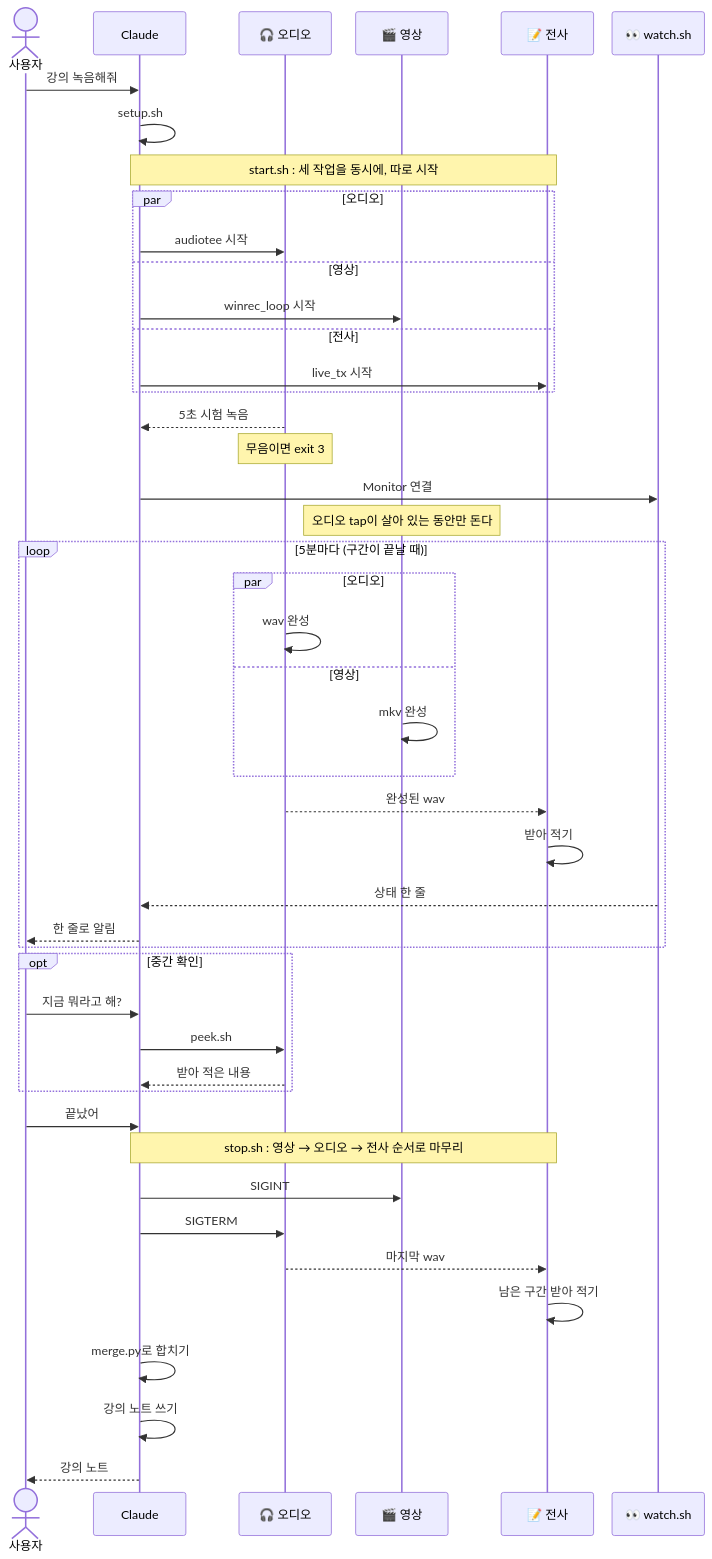
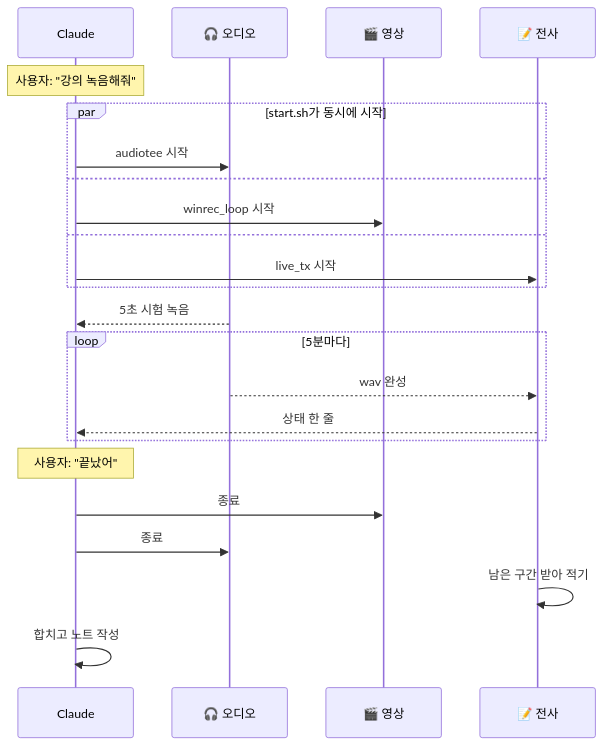
The third of 3 diagrams in lecture-capture/README.md (sbigstar0310/daegyu-plugins), drawn with Mermaid before and after one commit. The commit also changed other lines of this file, not shown here.

First line of the commit message:
lecture-capture README: shrink the Mermaid diagrams (#31)

````diff
--- a/lecture-capture/README.md
+++ b/lecture-capture/README.md
@@ -100,54 +74,28 @@
 ```mermaid
-%%{init: {"themeVariables": {"fontSize": "20px"}, "sequence": {"actorFontSize": 20, "messageFontSize": 20, "noteFontSize": 20, "width": 120, "actorMargin": 24, "height": 56, "messageMargin": 36, "boxMargin": 8, "wrap": false}}}%%
 sequenceDiagram
-    actor U as 사용자
     participant C as Claude
     participant A as 🎧 오디오
     participant V as 🎬 영상
     participant T as 📝 전사
-    participant M as 👀 watch.sh
 
-    U->>C: 강의 녹음해줘
-    C->>C: setup.sh
-
-    Note over C,T: start.sh : 세 작업을 동시에, 따로 시작
-    par 오디오
+    Note over C: 사용자: "강의 녹음해줘"
+    par start.sh가 동시에 시작
         C->>A: audiotee 시작
-    and 영상
+    and
         C->>V: winrec_loop 시작
-    and 전사
+    and
         C->>T: live_tx 시작
     end
     A-->>C: 5초 시험 녹음
-    Note over A: 무음이면 exit 3
-    C->>M: Monitor 연결
-    Note over V: 오디오 tap이 살아 있는 동안만 돈다
 
-    loop 5분마다 (구간이 끝날 때)
-        par 오디오
-            A->>A: wav 완성
-        and 영상
-            V->>V: mkv 완성
-        end
-        A-->>T: 완성된 wav
-        T->>T: 받아 적기
-        M-->>C: 상태 한 줄
-        C-->>U: 한 줄로 알림
+    loop 5분마다
+        A-->>T: wav 완성
+        T-->>C: 상태 한 줄
     end
 
-    opt 중간 확인
-        U->>C: 지금 뭐라고 해?
-        C->>A: peek.sh
-        A-->>C: 받아 적은 내용
-    end
-
-    U->>C: 끝났어
-    Note over C,T: stop.sh : 영상 → 오디오 → 전사 순서로 마무리
-    C->>V: SIGINT
-    C->>A: SIGTERM
-    A-->>T: 마지막 wav
+    Note over C: 사용자: "끝났어"
+    C->>V: 종료
+    C->>A: 종료
     T->>T: 남은 구간 받아 적기
-    C->>C: merge.py로 합치기
-    C->>C: 강의 노트 쓰기
-    C-->>U: 강의 노트
+    C->>C: 합치고 노트 작성
 ```
````
